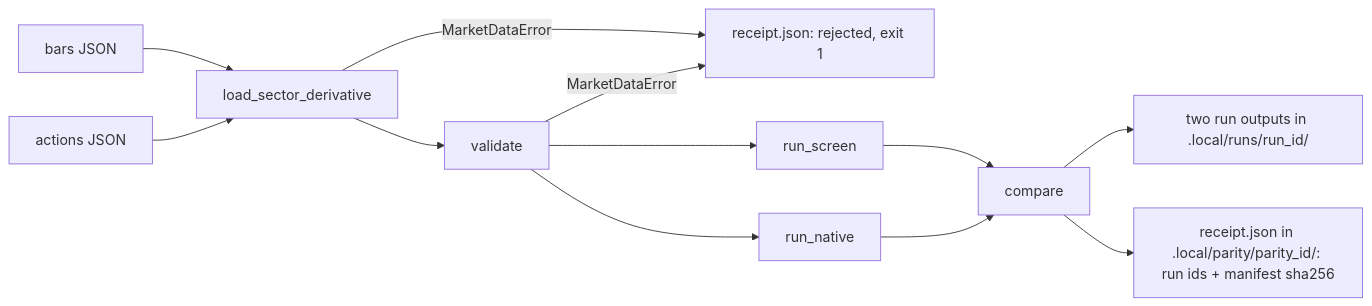
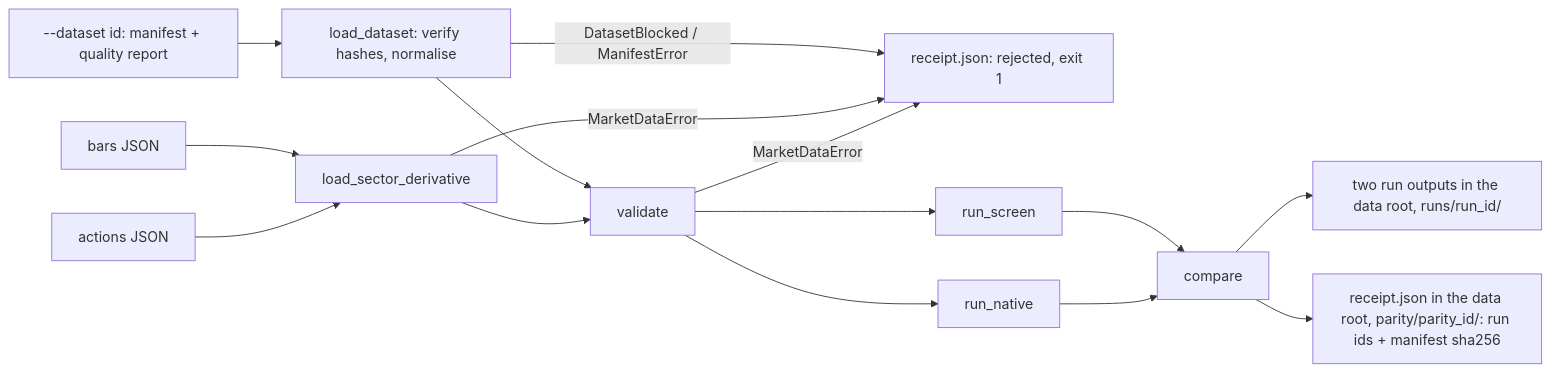
Before and after one commit to kenfuliang/quant-trading-lab: the diagram in docs/tasks/2026-11-17-engine-parity.md, drawn with Mermaid. The commit also changed other lines of this file and 37 other files, not shown here.

First line of the commit message:
ETF data layer: shared data root, Yahoo snapshots, normalisation, quality report, real-data parity (Plan 3, P1a) (#17)

````diff
--- a/docs/tasks/2026-11-17-engine-parity.md
+++ b/docs/tasks/2026-11-17-engine-parity.md
@@ -20,12 +23,15 @@
 ```mermaid
 flowchart LR
     B[bars JSON] --> L[load_sector_derivative]
     A[actions JSON] --> L
+    D["--dataset id: manifest + quality report"] --> DL[load_dataset: verify hashes, normalise]
+    DL -->|DatasetBlocked / ManifestError| R
+    DL --> V
     L -->|MarketDataError| R[receipt.json: rejected, exit 1]
     L --> V[validate]
     V -->|MarketDataError| R
     V --> S[run_screen] --> C[compare]
     V --> N[run_native] --> C
-    C --> W["two run outputs in .local/runs/run_id/"]
-    C --> P["receipt.json in .local/parity/parity_id/: run ids + manifest sha256"]
+    C --> W["two run outputs in the data root, runs/run_id/"]
+    C --> P["receipt.json in the data root, parity/parity_id/: run ids + manifest sha256"]
 ```
````
